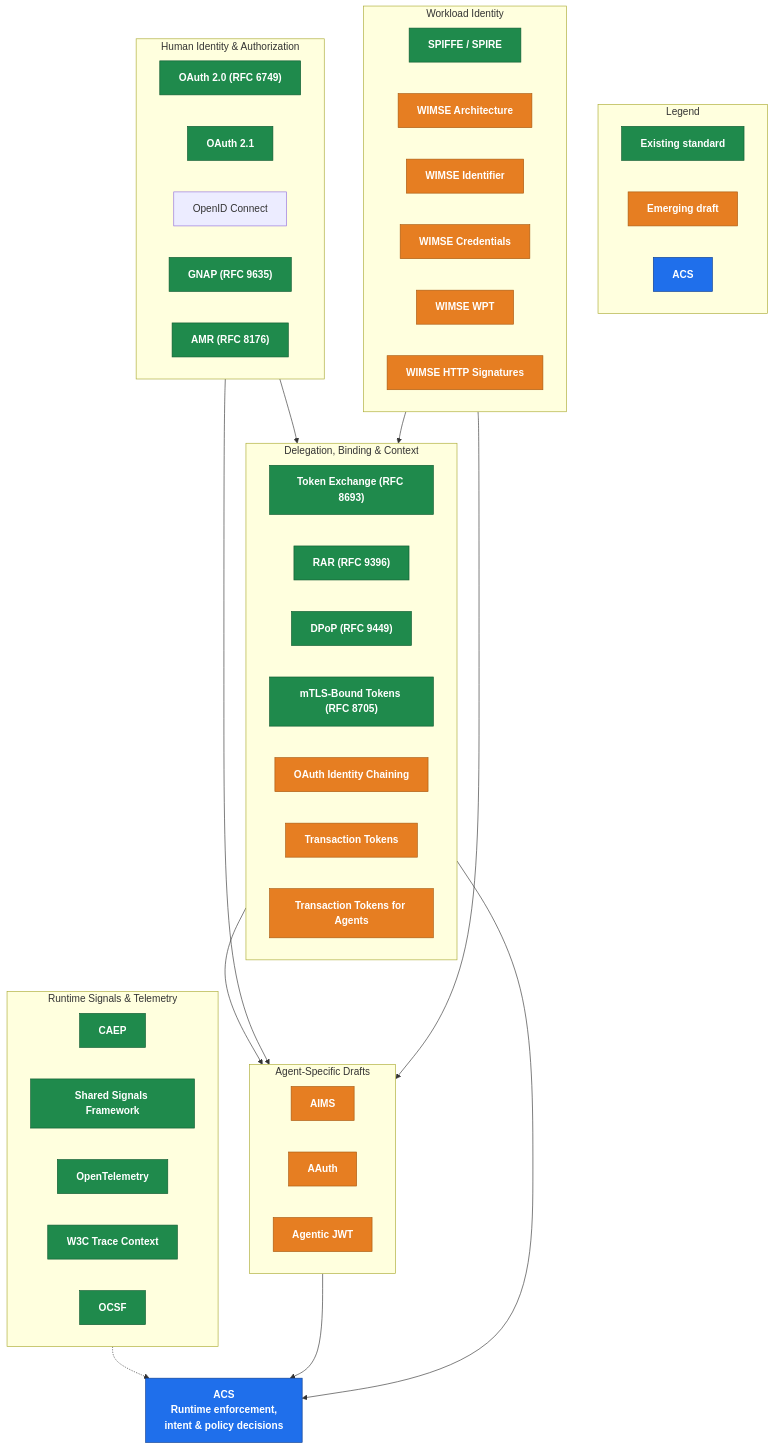
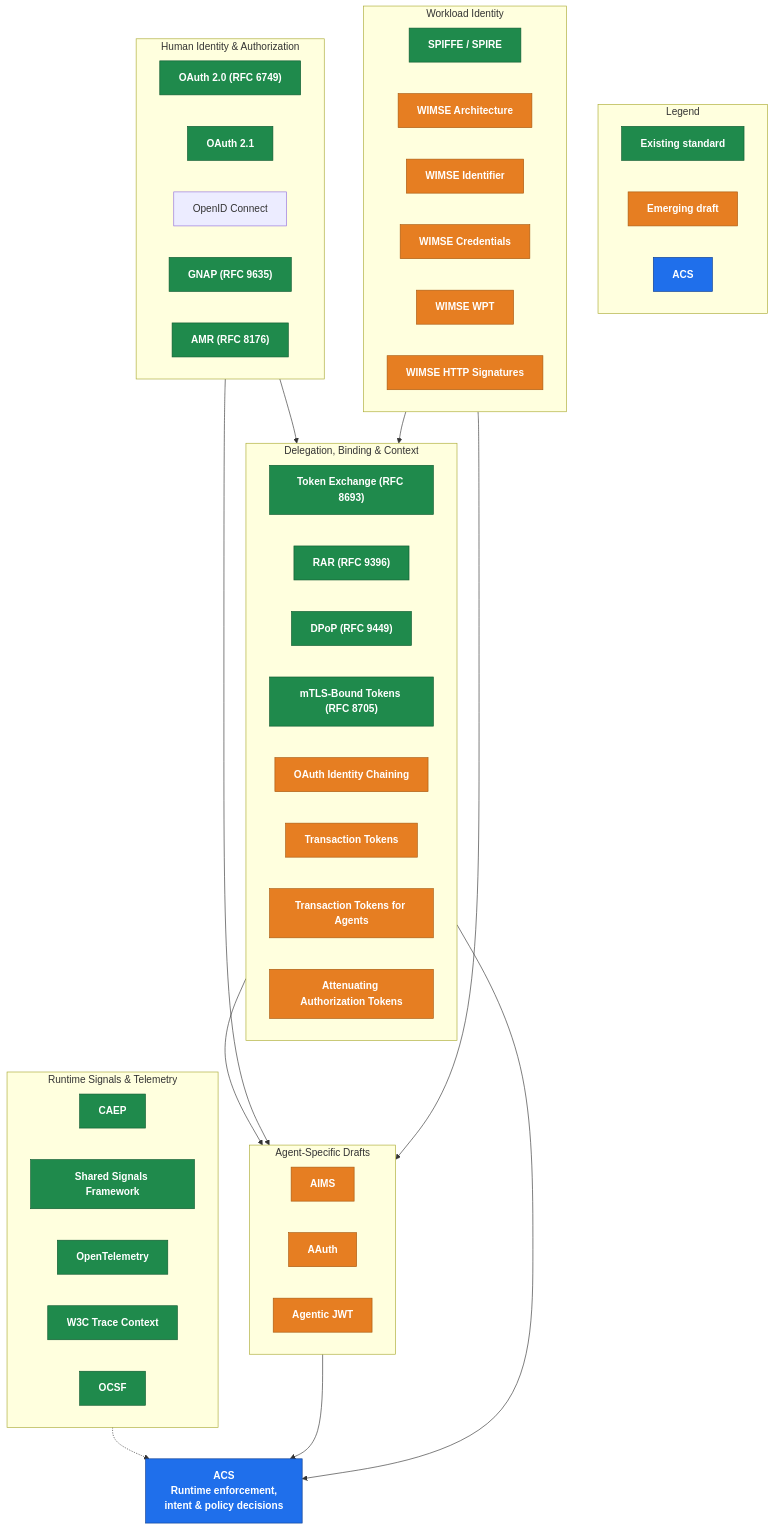
The diagram in docs/identity/standards.md (GenAI-Security-Project/agent-control-standard), drawn with Mermaid before and after one commit. The commit also changed other lines of this file, not shown here.

Commit message:
Add Attenuating Authorization Tokens to the identity standards page

````diff
--- a/docs/identity/standards.md
+++ b/docs/identity/standards.md
@@ -25,65 +25,66 @@
 ```mermaid
 flowchart TB
     subgraph Legend["Legend"]
         direction LR
         L1["Existing standard"]:::existing
         L2["Emerging draft"]:::emerging
         L3["ACS"]:::acs
     end
 
     subgraph Human["Human Identity & Authorization"]
         OAuth20["OAuth 2.0 (RFC 6749)"]:::existing
         OAuth21["OAuth 2.1"]:::existing
         OIDC["OpenID Connect"]:::existingF
         GNAP["GNAP (RFC 9635)"]:::existing
         AMR["AMR (RFC 8176)"]:::existing
     end
 
     subgraph Workload["Workload Identity"]
         SPIFFE["SPIFFE / SPIRE"]:::existing
         WIMSE_ARCH["WIMSE Architecture"]:::emerging
         WIMSE_ID["WIMSE Identifier"]:::emerging
         WIMSE_CRED["WIMSE Credentials"]:::emerging
         WIMSE_WPT["WIMSE WPT"]:::emerging
         WIMSE_SIG["WIMSE HTTP Signatures"]:::emerging
     end
 
     subgraph Delegation["Delegation, Binding & Context"]
         TOKEX["Token Exchange (RFC 8693)"]:::existing
         RAR["RAR (RFC 9396)"]:::existing
         DPOP["DPoP (RFC 9449)"]:::existing
         MTLS["mTLS-Bound Tokens (RFC 8705)"]:::existing
         CHAIN["OAuth Identity Chaining"]:::emerging
         TXTOK["Transaction Tokens"]:::emerging
         TXTOK_A["Transaction Tokens for Agents"]:::emerging
+        AAT["Attenuating Authorization Tokens"]:::emerging
     end
 
     subgraph Agents["Agent-Specific Drafts"]
         AIMS["AIMS"]:::emerging
         AAUTH["AAuth"]:::emerging
         AJWT["Agentic JWT"]:::emerging
     end
 
     subgraph Signals["Runtime Signals & Telemetry"]
         CAEP["CAEP"]:::existing
         SSF["Shared Signals Framework"]:::existing
         OTEL["OpenTelemetry"]:::existing
         TRACE["W3C Trace Context"]:::existing
         OCSF["OCSF"]:::existing
     end
 
     Human --> Delegation
     Workload --> Delegation
     Delegation --> Agents
     Human --> Agents
     Workload --> Agents
     Signals -.-> ACS
     Agents --> ACS
     Delegation --> ACS
 
     ACS["ACS<br/>Runtime enforcement,<br/>intent &amp; policy decisions"]:::acs
 
     classDef existing fill:#1f8a4c,stroke:#0e5a30,color:#fff,font-weight:bold;
     classDef emerging fill:#e67e22,stroke:#a85a10,color:#fff,font-weight:bold;
     classDef acs fill:#1f6feb,stroke:#0b3d91,color:#fff,font-weight:bold;
 ```
````
